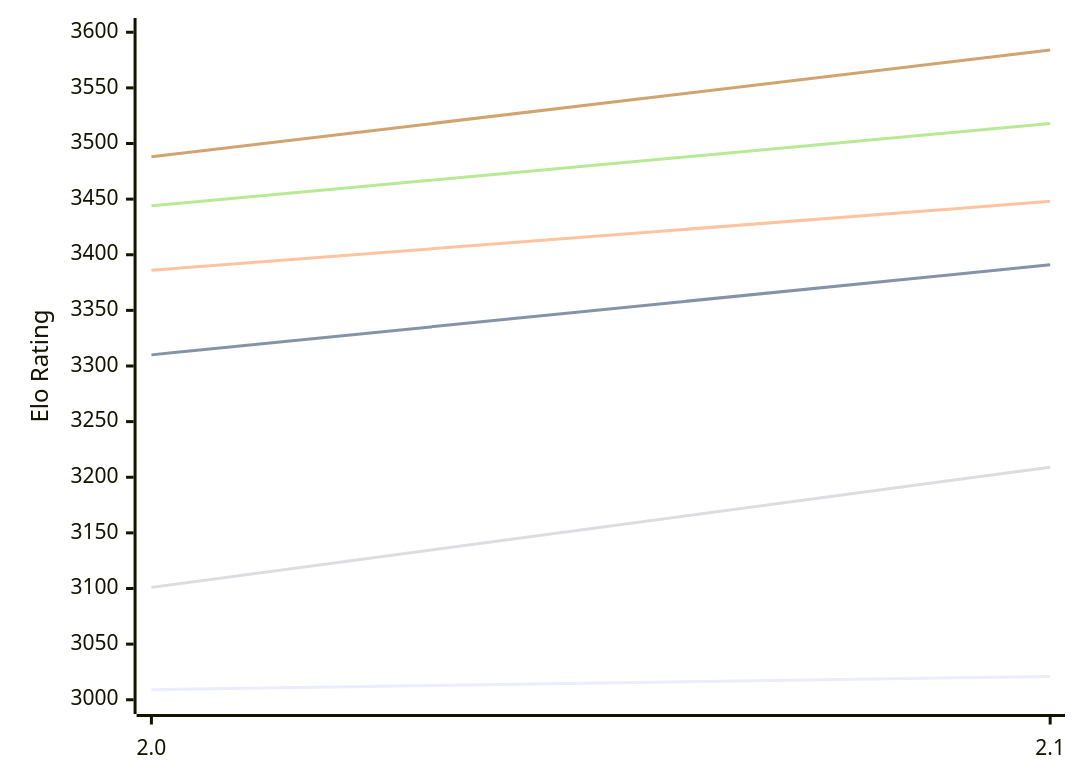
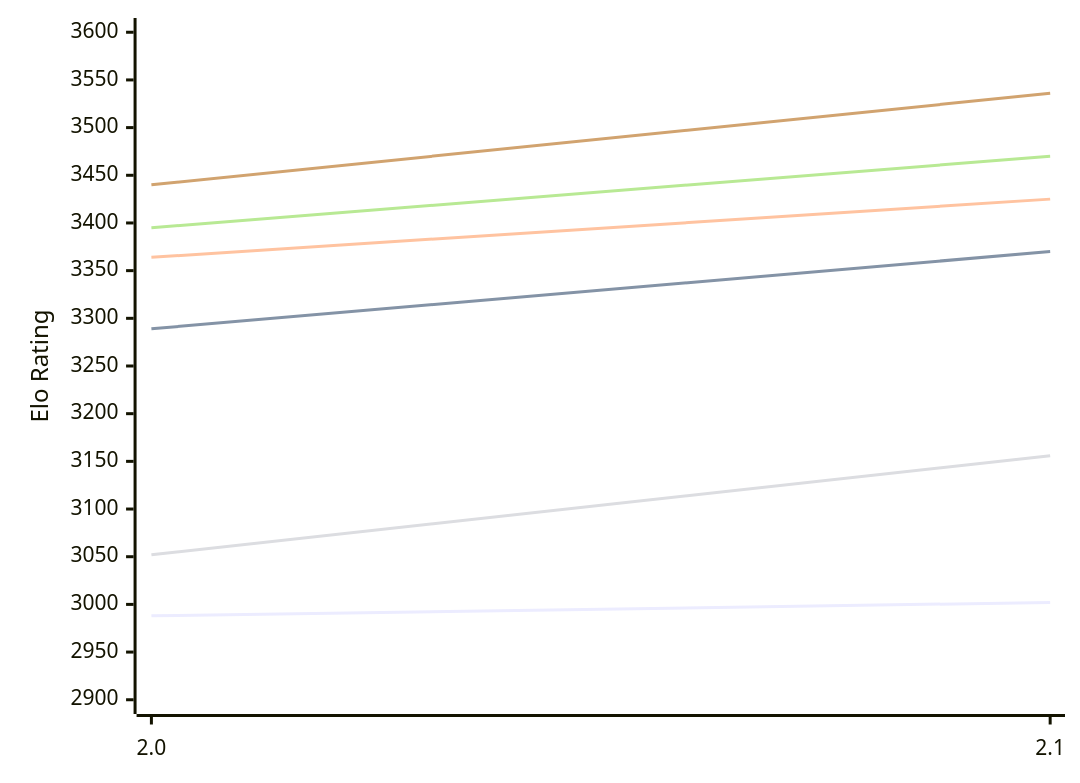
The first of 2 diagrams in engines/Onslaught.md (computer-chess-index/cci), drawn with Mermaid before and after one commit. The commit also changed other lines of this file, not shown here.

Commit message:
Update CCI Ratings (ELO VLTC) - 2026-11-08

````diff
--- a/engines/Onslaught.md
+++ b/engines/Onslaught.md
@@ -50,12 +50,12 @@
 ```mermaid
 %%{init: {"theme":"base","themeVariables":{"seriesColors:['#a3a3a3','#222221','#faa371']}}}%%
 xychart-beta
   x-axis ["2.0", "2.1"]
-  y-axis "Elo Rating" 3000 --> 3600
-  line "E1: STC (8.0+0.08s)" [3009, 3021]
-  line "E1: LTC (60.0+0.60s)" [3310, 3391]
-  line "E1: VLTC (2m24s+1.12s)" [3386, 3448]
-  line "P1: STC (8.0+0.08s)" [3101, 3209]
-  line "P1: LTC (60.0+0.60s)" [3444, 3518]
-  line "P1: VLTC (2m24s+1.12s)" [3488, 3584]
+  y-axis "Elo Rating" 2900 --> 3600
+  line "E1: STC (8.0+0.08s)" [2988, 3002]
+  line "E1: LTC (60.0+0.60s)" [3289, 3370]
+  line "E1: VLTC (2m24s+1.12s)" [3364, 3425]
+  line "P1: STC (8.0+0.08s)" [3052, 3156]
+  line "P1: LTC (60.0+0.60s)" [3395, 3470]
+  line "P1: VLTC (2m24s+1.12s)" [3440, 3536]
 ```
````
